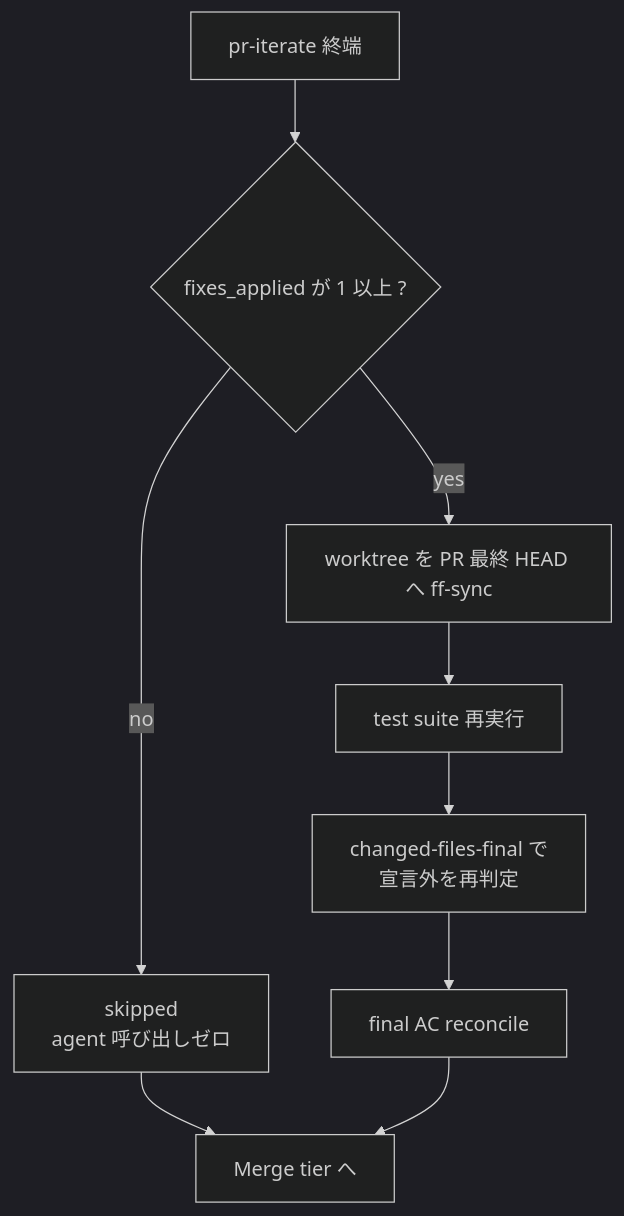
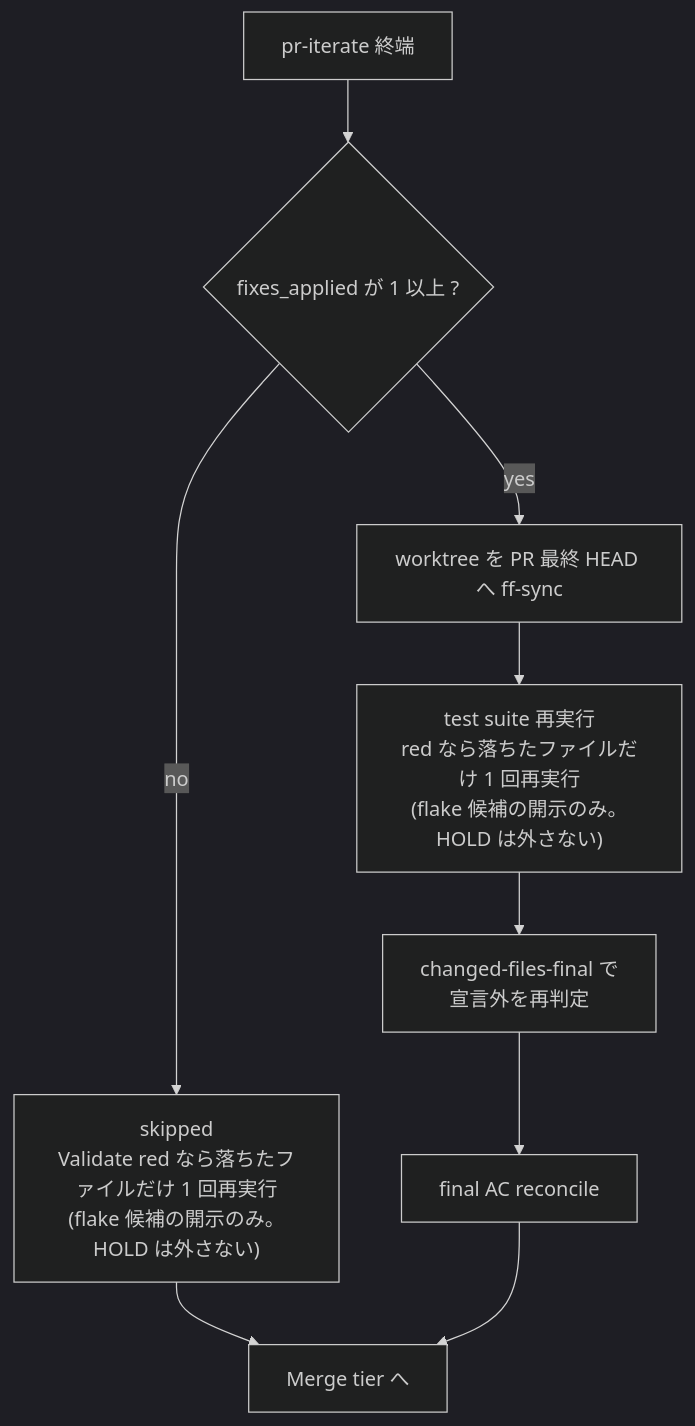
The ninth of 13 diagrams in docs/dev-flow-atlas.md (it-all-playpark/claude-plugins), drawn with Mermaid (dark theme) before and after one commit. The commit also changed other lines of this file and 15 other files, not shown here.

First line of the commit message:
fix(dev-flow): 落ちたファイルだけの単体再実行の green で final_test_red を外さず、skip の run の Validate red にも同じ再実行を足して flake 候補として開示するだけにする (#1176)

````diff
--- a/docs/dev-flow-atlas.md
+++ b/docs/dev-flow-atlas.md
@@ -243,11 +243,11 @@
 ```mermaid
 flowchart TD
     IN["pr-iterate 終端"] --> F0{"fixes_applied が 1 以上 ?"}
-    F0 -->|no| FSKIP["skipped<br/>agent 呼び出しゼロ"]
+    F0 -->|no| FSKIP["skipped<br/>Validate red なら落ちたファイルだけ 1 回再実行<br/>(flake 候補の開示のみ。HOLD は外さない)"]
     F0 -->|yes| F1["worktree を PR 最終 HEAD へ ff-sync"]
-    F1 --> F2["test suite 再実行"]
+    F1 --> F2["test suite 再実行<br/>red なら落ちたファイルだけ 1 回再実行<br/>(flake 候補の開示のみ。HOLD は外さない)"]
     F2 --> F3["changed-files-final で<br/>宣言外を再判定"]
     F3 --> F4["final AC reconcile"]
     FSKIP --> OUT["Merge tier へ"]
     F4 --> OUT
 ```
````
